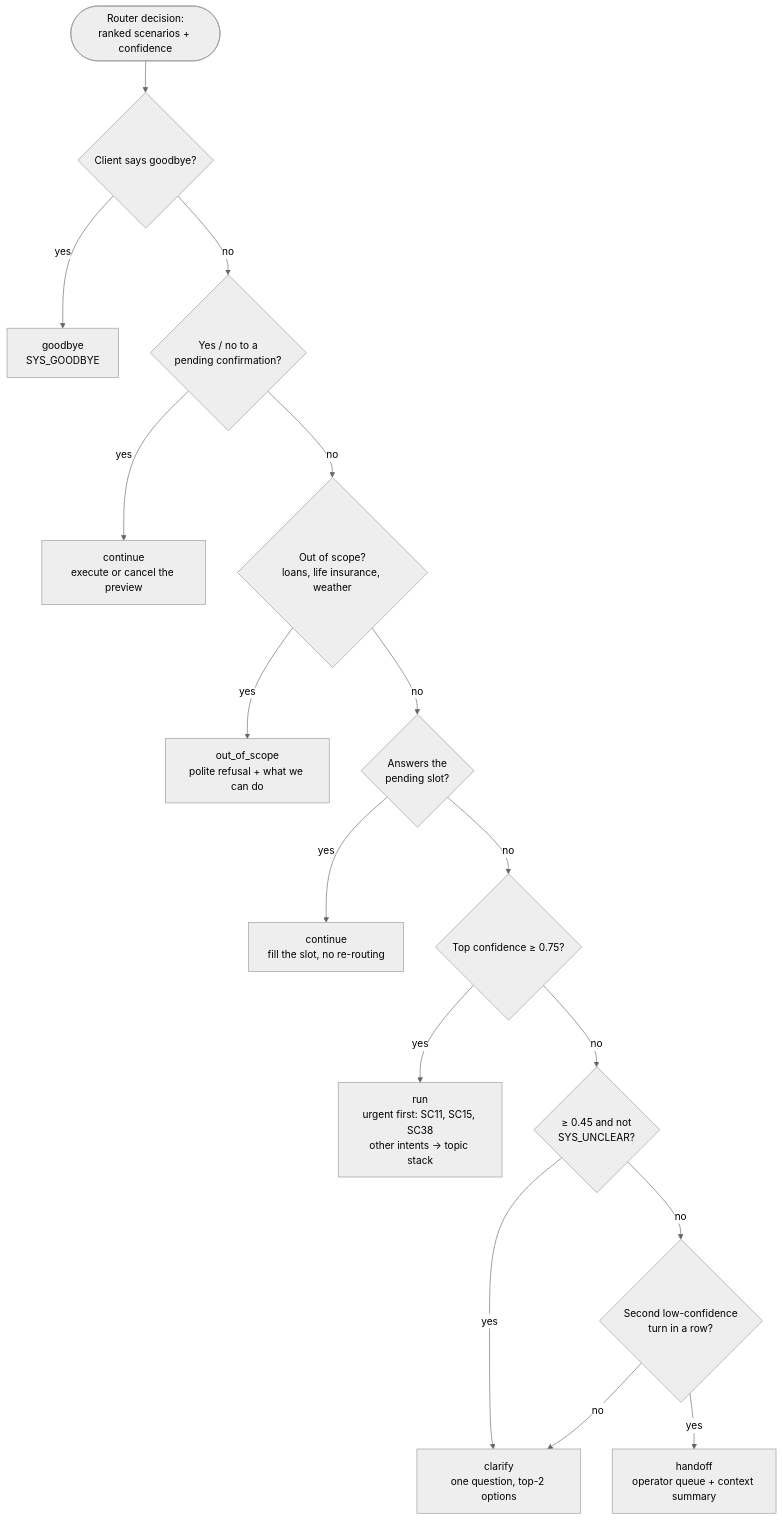
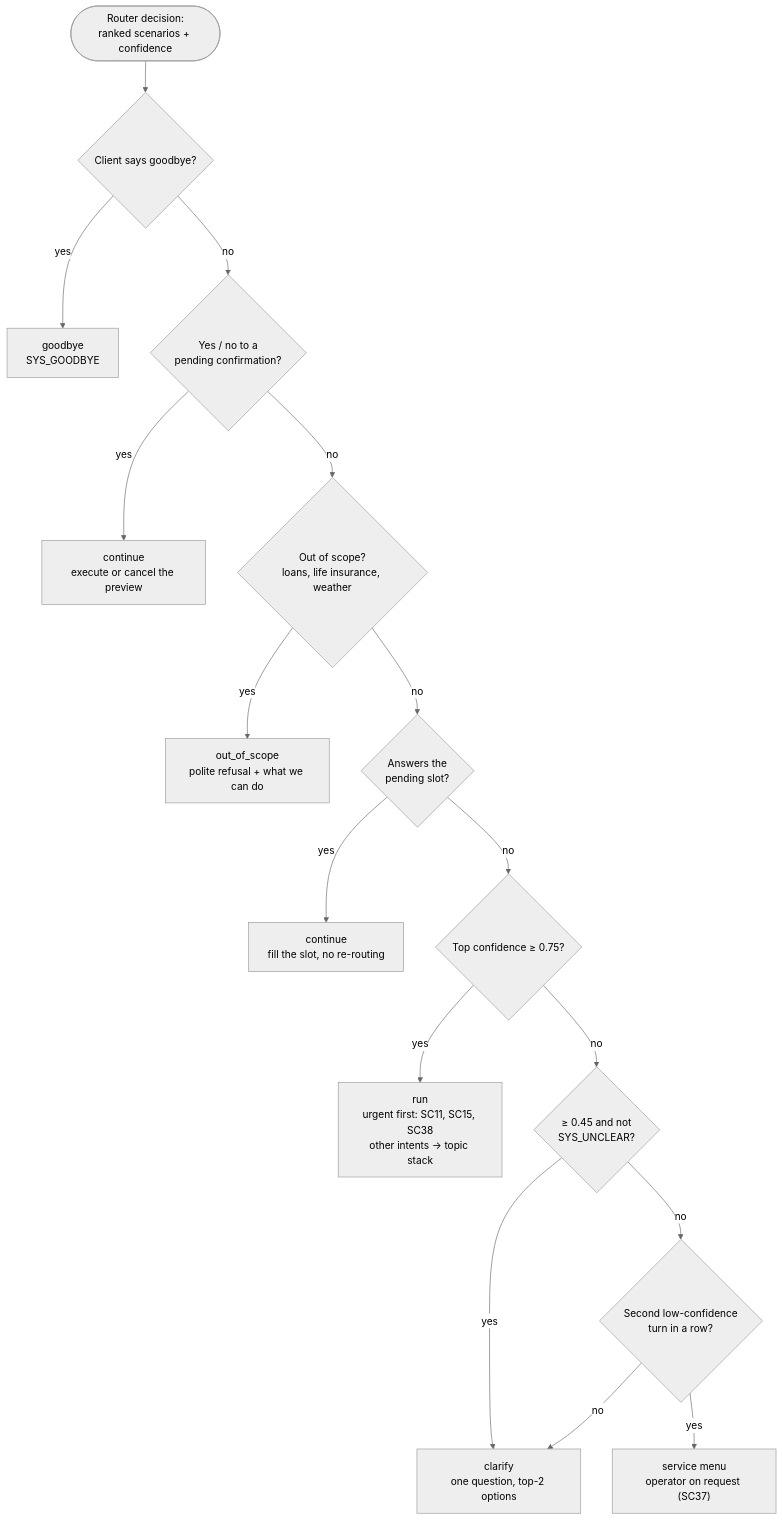
Before and after one commit to BAITC-Hacks/hack-9dd7b5f3-plus: the third of 6 diagrams in README.md, drawn with Mermaid (neutral theme). The commit also changed other lines of this file, not shown here.

Commit message:
docs(readme): run instructions for bagyt.plus; lean navbar, one language switch, hands-free voice, service menu

````diff
--- a/README.md
+++ b/README.md
@@ -360,18 +360,18 @@
 ```mermaid
 flowchart TD
   IN(["Router decision:<br/>ranked scenarios + confidence"]) --> Q0{"Client says goodbye?"}
   Q0 -- yes --> GB["goodbye<br/>SYS_GOODBYE"]
   Q0 -- no --> Q1{"Yes / no to a<br/>pending confirmation?"}
   Q1 -- yes --> CF["continue<br/>execute or cancel the preview"]
   Q1 -- no --> Q2{"Out of scope?<br/>loans, life insurance, weather"}
   Q2 -- yes --> OOS["out_of_scope<br/>polite refusal + what we can do"]
   Q2 -- no --> Q3{"Answers the<br/>pending slot?"}
   Q3 -- yes --> SL["continue<br/>fill the slot, no re-routing"]
   Q3 -- no --> Q4{"Top confidence ≥ 0.75?"}
   Q4 -- yes --> RUN["run<br/>urgent first: SC11, SC15, SC38<br/>other intents → topic stack"]
   Q4 -- no --> Q5{"≥ 0.45 and not<br/>SYS_UNCLEAR?"}
   Q5 -- yes --> CLR["clarify<br/>one question, top-2 options"]
   Q5 -- no --> Q6{"Second low-confidence<br/>turn in a row?"}
   Q6 -- no --> CLR
-  Q6 -- yes --> HO["handoff<br/>operator queue + context summary"]
+  Q6 -- yes --> HO["service menu<br/>operator on request (SC37)"]
 ```
````
